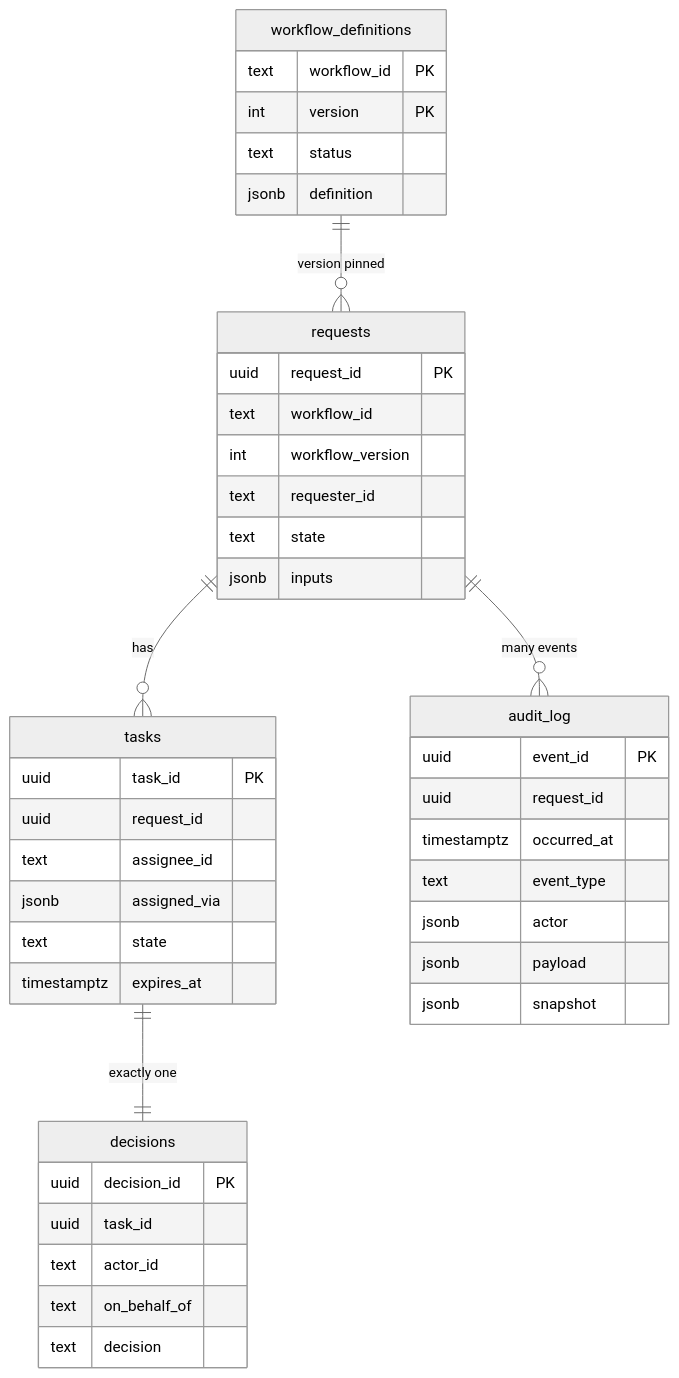
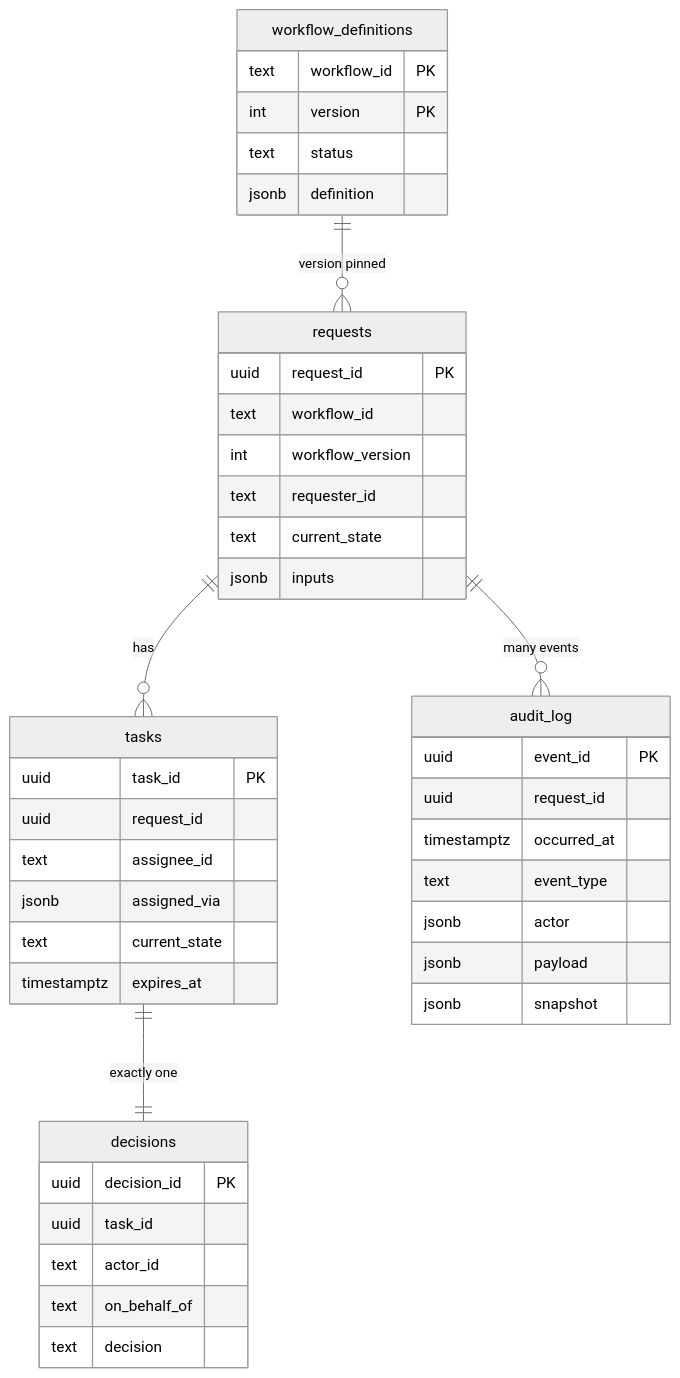
Diagram 13 of 17 in _practice/system-design/011-approval-management.md (shiningflash/shiningflash.github.io), drawn with Mermaid (neutral theme) before and after one commit. The commit also changed 4 other files, not shown here.

````diff
--- a/_practice/system-design/011-approval-management.md
+++ b/_practice/system-design/011-approval-management.md
@@ -710,46 +710,46 @@
 ```mermaid
 erDiagram
     workflow_definitions ||--o{ requests : "version pinned"
     requests ||--o{ tasks : has
     tasks ||--|| decisions : "exactly one"
     requests ||--o{ audit_log : "many events"
 
     workflow_definitions {
         text workflow_id PK
         int version PK
         text status
         jsonb definition
     }
     requests {
         uuid request_id PK
         text workflow_id
         int workflow_version
         text requester_id
-        text state
+        text current_state
         jsonb inputs
     }
     tasks {
         uuid task_id PK
         uuid request_id
         text assignee_id
         jsonb assigned_via
-        text state
+        text current_state
         timestamptz expires_at
     }
     decisions {
         uuid decision_id PK
         uuid task_id
         text actor_id
         text on_behalf_of
         text decision
     }
     audit_log {
         uuid event_id PK
         uuid request_id
         timestamptz occurred_at
         text event_type
         jsonb actor
         jsonb payload
         jsonb snapshot
     }
 ```
````
